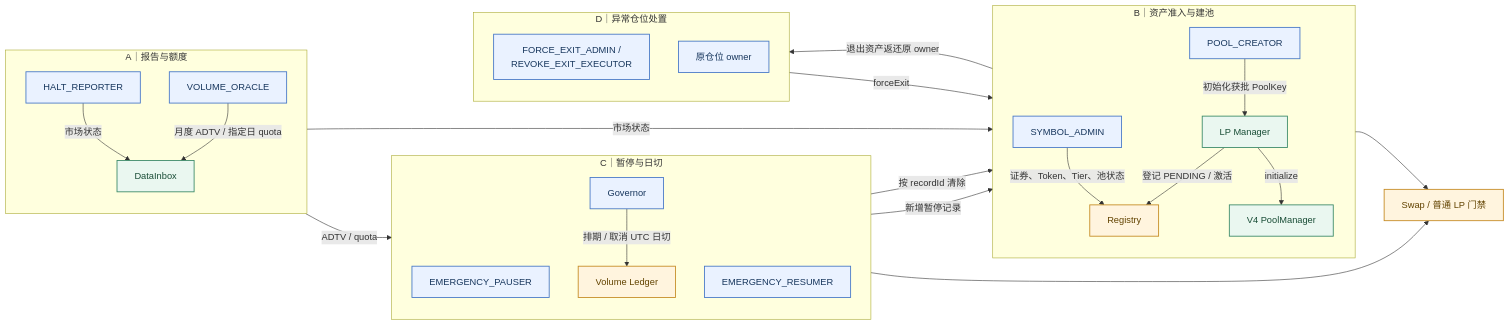
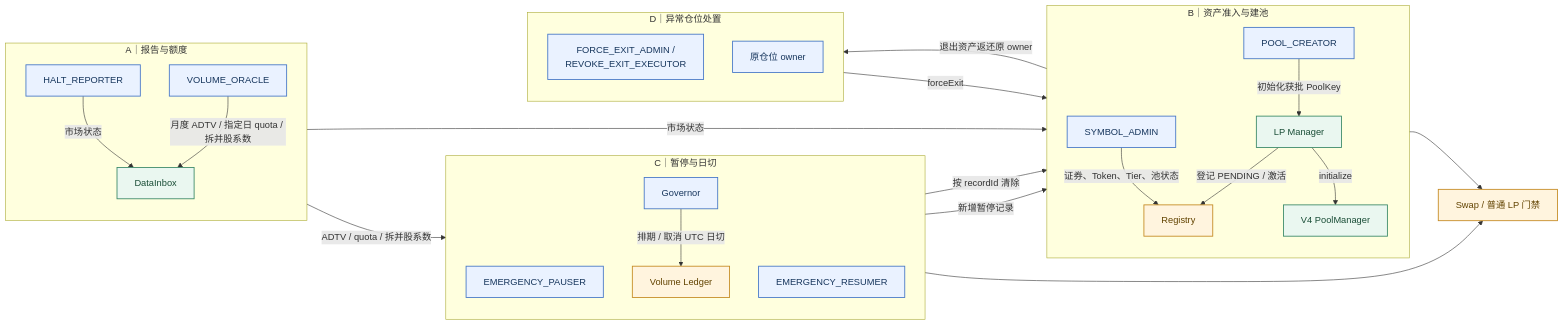
The third of 7 diagrams in docs/SYSTEMS_OVERVIEW.md (okx/tsv), drawn with Mermaid before and after one commit. The commit also changed other lines of this file and 121 other files, not shown here.

````diff
--- a/docs/SYSTEMS_OVERVIEW.md
+++ b/docs/SYSTEMS_OVERVIEW.md
@@ -203,50 +203,50 @@
 ```mermaid
 flowchart LR
   subgraph REPORTS["A｜报告与额度"]
     direction TB
     HR["HALT_REPORTER"] -->|"市场状态"| DI["DataInbox"]
-    VO["VOLUME_ORACLE"] -->|"月度 ADTV / 指定日 quota"| DI
+    VO["VOLUME_ORACLE"] -->|"月度 ADTV / 指定日 quota / 拆并股系数"| DI
   end
 
   subgraph ASSETS["B｜资产准入与建池"]
     direction TB
     SA["SYMBOL_ADMIN"] -->|"证券、Token、Tier、池状态"| RG["Registry"]
     PC["POOL_CREATOR"] -->|"初始化获批 PoolKey"| LP["LP Manager"]
     LP -->|"登记 PENDING / 激活"| RG
     LP -->|"initialize"| PM["V4 PoolManager"]
   end
 
   subgraph CONTROL["C｜暂停与日切"]
     direction TB
     EP["EMERGENCY_PAUSER"] -->|"新增暂停记录"| RG
     ER["EMERGENCY_RESUMER"] -->|"按 recordId 清除"| RG
     GOV["Governor"] -->|"排期 / 取消 UTC 日切"| VL["Volume Ledger"]
   end
 
   subgraph EXIT["D｜异常仓位处置"]
     direction TB
     FX["FORCE_EXIT_ADMIN /<br/>REVOKE_EXIT_EXECUTOR"] -->|"forceExit"| LP
     PM -->|"退出资产返还原 owner"| OWNER["原仓位 owner"]
   end
 
   DI -->|"市场状态"| RG
-  DI -->|"ADTV / quota"| VL
+  DI -->|"ADTV / quota / 拆并股系数"| VL
   RG --> G["Swap / 普通 LP 门禁"]
   VL --> G
 
   style HR fill:#EAF2FF,stroke:#4778C7,color:#17365D,stroke-width:1.5px
   style VO fill:#EAF2FF,stroke:#4778C7,color:#17365D,stroke-width:1.5px
   style SA fill:#EAF2FF,stroke:#4778C7,color:#17365D,stroke-width:1.5px
   style PC fill:#EAF2FF,stroke:#4778C7,color:#17365D,stroke-width:1.5px
   style EP fill:#EAF2FF,stroke:#4778C7,color:#17365D,stroke-width:1.5px
   style ER fill:#EAF2FF,stroke:#4778C7,color:#17365D,stroke-width:1.5px
   style GOV fill:#EAF2FF,stroke:#4778C7,color:#17365D,stroke-width:1.5px
   style FX fill:#EAF2FF,stroke:#4778C7,color:#17365D,stroke-width:1.5px
   style OWNER fill:#EAF2FF,stroke:#4778C7,color:#17365D,stroke-width:1.5px
   style DI fill:#EAF7F0,stroke:#3B8A68,color:#194D36,stroke-width:1.5px
   style LP fill:#EAF7F0,stroke:#3B8A68,color:#194D36,stroke-width:1.5px
   style PM fill:#EAF7F0,stroke:#3B8A68,color:#194D36,stroke-width:1.5px
   style RG fill:#FFF4DE,stroke:#C58B24,color:#624300,stroke-width:1.5px
   style VL fill:#FFF4DE,stroke:#C58B24,color:#624300,stroke-width:1.5px
   style G fill:#FFF4DE,stroke:#C58B24,color:#624300,stroke-width:1.5px
 ```
````
